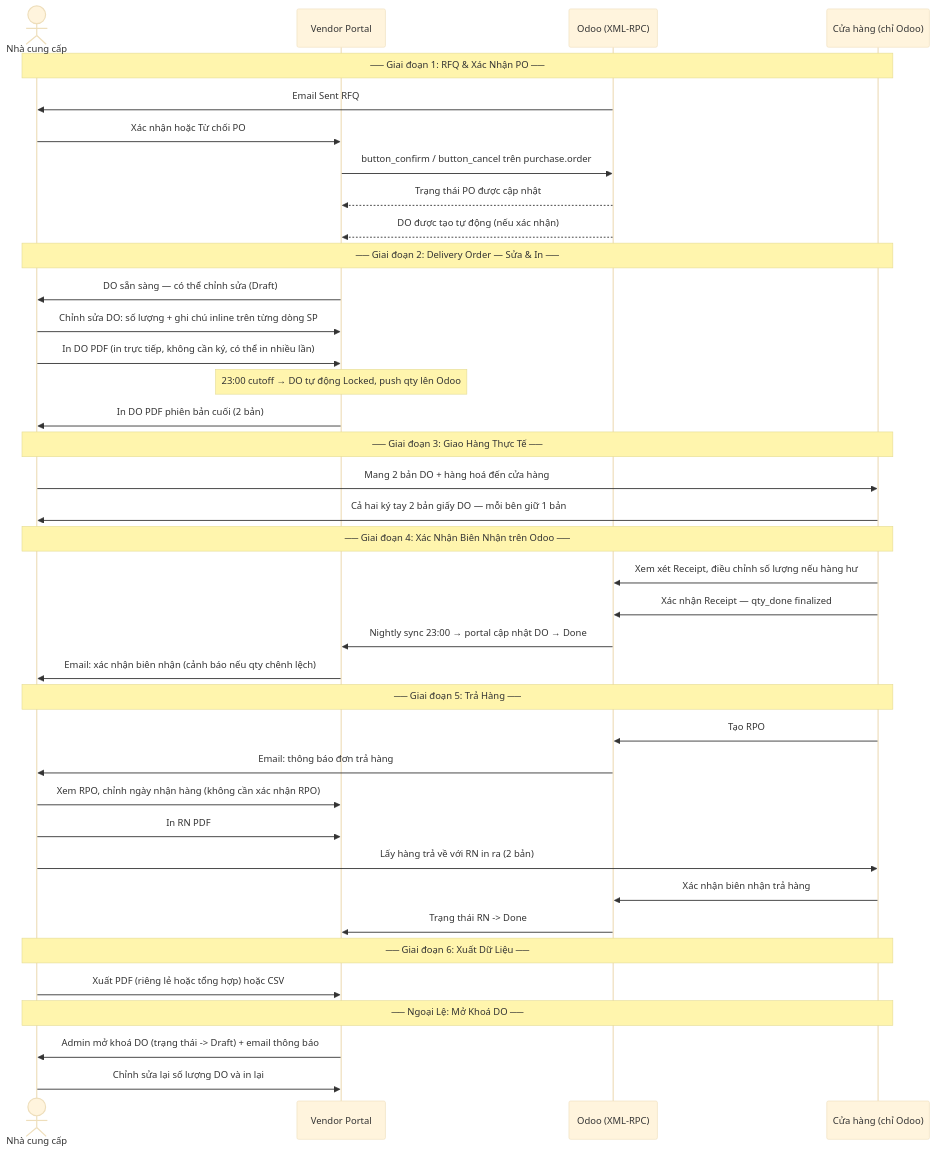
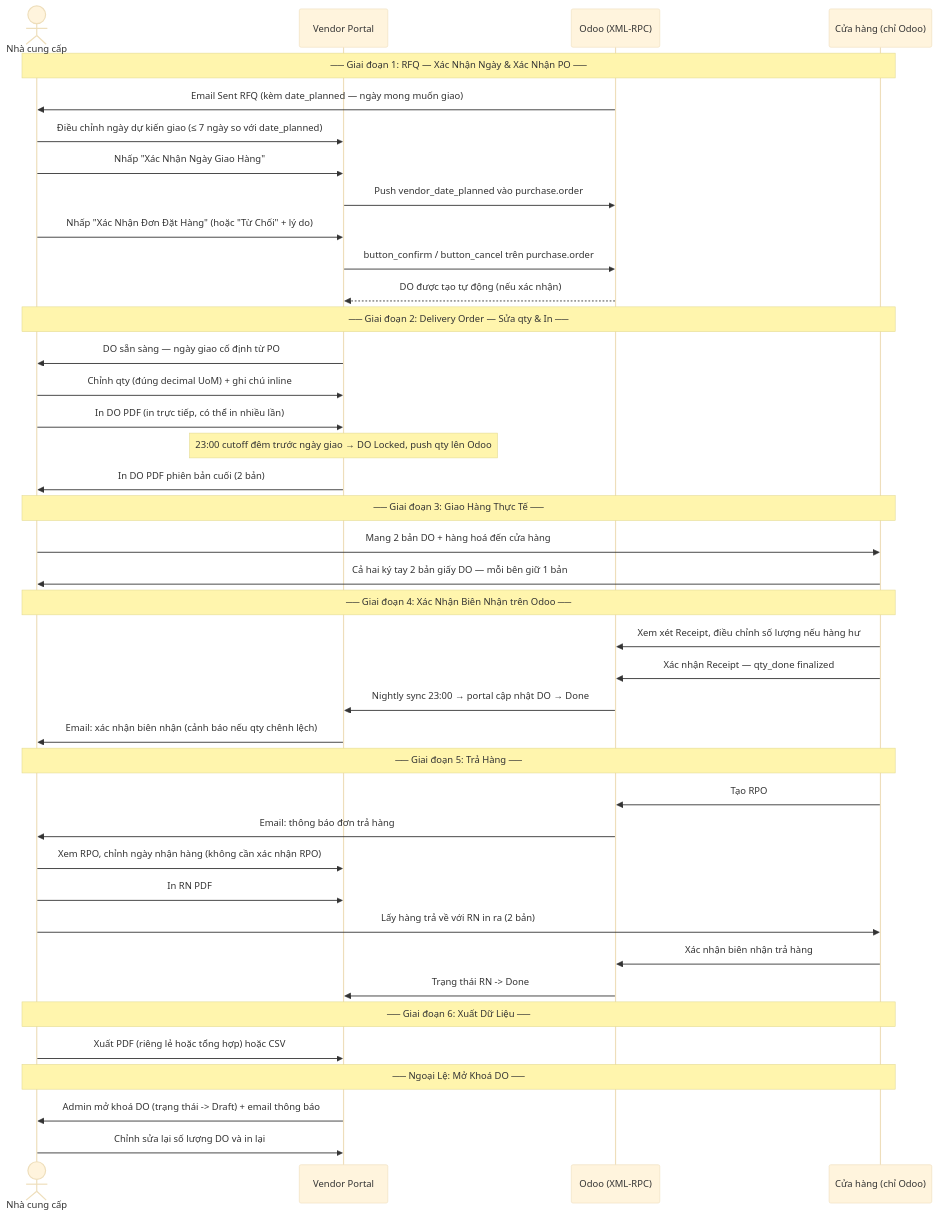
One commit to 3Sach/3S_vendor_portal changed the third of 5 diagrams in PROCESS_FLOW.md. Above: the diagram before and after it, drawn with Mermaid (base theme). The commit also changed other lines of this file and 1 other file, not shown here.

First line of the commit message:
Cập nhật quy trình PO: xác nhận ngày 2 bước, từ chối có lý do, DO chỉ chỉnh qty

````diff
--- a/PROCESS_FLOW.md
+++ b/PROCESS_FLOW.md
@@ -116,47 +121,49 @@
 ```mermaid
 sequenceDiagram
     actor Vendor as Nhà cung cấp
     participant Portal as Vendor Portal
     participant Odoo as Odoo (XML-RPC)
     participant Store as Cửa hàng (chỉ Odoo)
 
-    Note over Vendor,Store: ── Giai đoạn 1: RFQ & Xác Nhận PO ──
-    Odoo->>Vendor: Email Sent RFQ
-    Vendor->>Portal: Xác nhận hoặc Từ chối PO
+    Note over Vendor,Store: ── Giai đoạn 1: RFQ — Xác Nhận Ngày & Xác Nhận PO ──
+    Odoo->>Vendor: Email Sent RFQ (kèm date_planned — ngày mong muốn giao)
+    Vendor->>Portal: Điều chỉnh ngày dự kiến giao (≤ 7 ngày so với date_planned)
+    Vendor->>Portal: Nhấp "Xác Nhận Ngày Giao Hàng"
+    Portal->>Odoo: Push vendor_date_planned vào purchase.order
+    Vendor->>Portal: Nhấp "Xác Nhận Đơn Đặt Hàng" (hoặc "Từ Chối" + lý do)
     Portal->>Odoo: button_confirm / button_cancel trên purchase.order
-    Odoo-->>Portal: Trạng thái PO được cập nhật
     Odoo-->>Portal: DO được tạo tự động (nếu xác nhận)
 
-    Note over Vendor,Store: ── Giai đoạn 2: Delivery Order — Sửa & In ──
-    Portal->>Vendor: DO sẵn sàng — có thể chỉnh sửa (Draft)
-    Vendor->>Portal: Chỉnh sửa DO: số lượng + ghi chú inline trên từng dòng SP
-    Vendor->>Portal: In DO PDF (in trực tiếp, không cần ký, có thể in nhiều lần)
-    Note over Portal: 23:00 cutoff → DO tự động Locked, push qty lên Odoo
+    Note over Vendor,Store: ── Giai đoạn 2: Delivery Order — Sửa qty & In ──
+    Portal->>Vendor: DO sẵn sàng — ngày giao cố định từ PO
+    Vendor->>Portal: Chỉnh qty (đúng decimal UoM) + ghi chú inline
+    Vendor->>Portal: In DO PDF (in trực tiếp, có thể in nhiều lần)
+    Note over Portal: 23:00 cutoff đêm trước ngày giao → DO Locked, push qty lên Odoo
     Portal->>Vendor: In DO PDF phiên bản cuối (2 bản)
 
     Note over Vendor,Store: ── Giai đoạn 3: Giao Hàng Thực Tế ──
     Vendor->>Store: Mang 2 bản DO + hàng hoá đến cửa hàng
     Store->>Vendor: Cả hai ký tay 2 bản giấy DO — mỗi bên giữ 1 bản
 
     Note over Vendor,Store: ── Giai đoạn 4: Xác Nhận Biên Nhận trên Odoo ──
     Store->>Odoo: Xem xét Receipt, điều chỉnh số lượng nếu hàng hư
     Store->>Odoo: Xác nhận Receipt — qty_done finalized
     Odoo->>Portal: Nightly sync 23:00 → portal cập nhật DO → Done
     Portal->>Vendor: Email: xác nhận biên nhận (cảnh báo nếu qty chênh lệch)
 
     Note over Vendor,Store: ── Giai đoạn 5: Trả Hàng ──
     Store->>Odoo: Tạo RPO
     Odoo->>Vendor: Email: thông báo đơn trả hàng
     Vendor->>Portal: Xem RPO, chỉnh ngày nhận hàng (không cần xác nhận RPO)
     Vendor->>Portal: In RN PDF
     Vendor->>Store: Lấy hàng trả về với RN in ra (2 bản)
     Store->>Odoo: Xác nhận biên nhận trả hàng
     Odoo->>Portal: Trạng thái RN -> Done
 
     Note over Vendor,Store: ── Giai đoạn 6: Xuất Dữ Liệu ──
     Vendor->>Portal: Xuất PDF (riêng lẻ hoặc tổng hợp) hoặc CSV
 
     Note over Vendor,Store: ── Ngoại Lệ: Mở Khoá DO ──
     Portal->>Vendor: Admin mở khoá DO (trạng thái -> Draft) + email thông báo
     Vendor->>Portal: Chỉnh sửa lại số lượng DO và in lại
 ```
````
